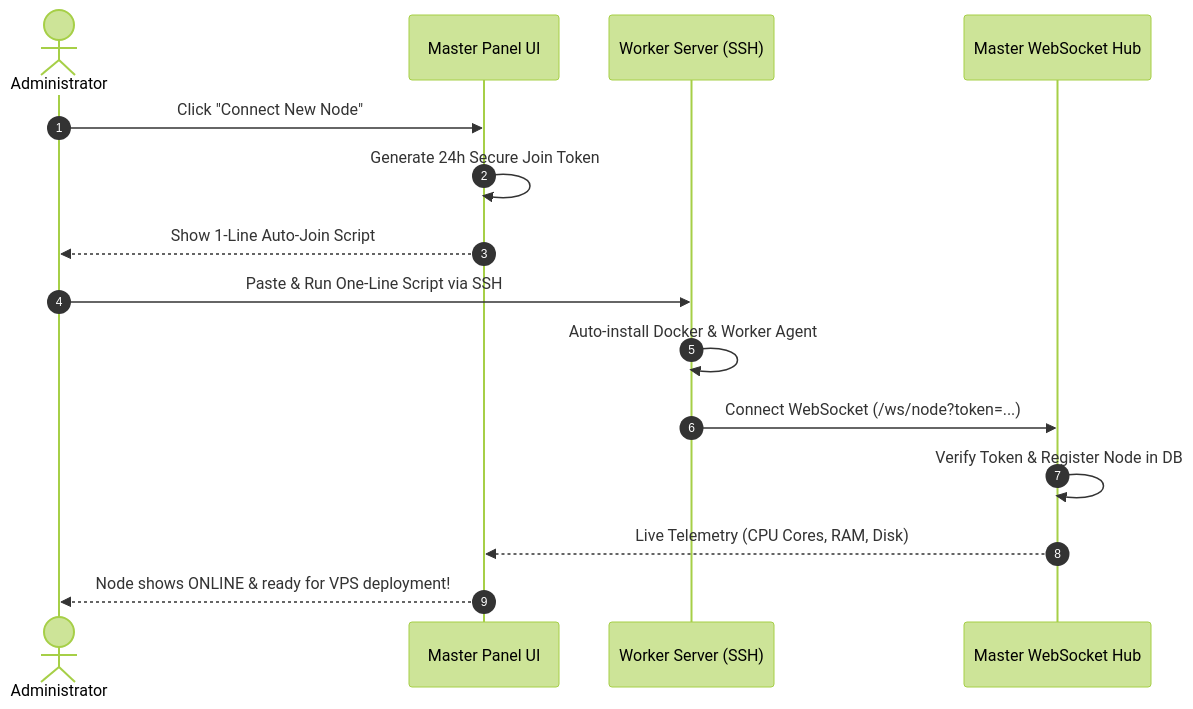
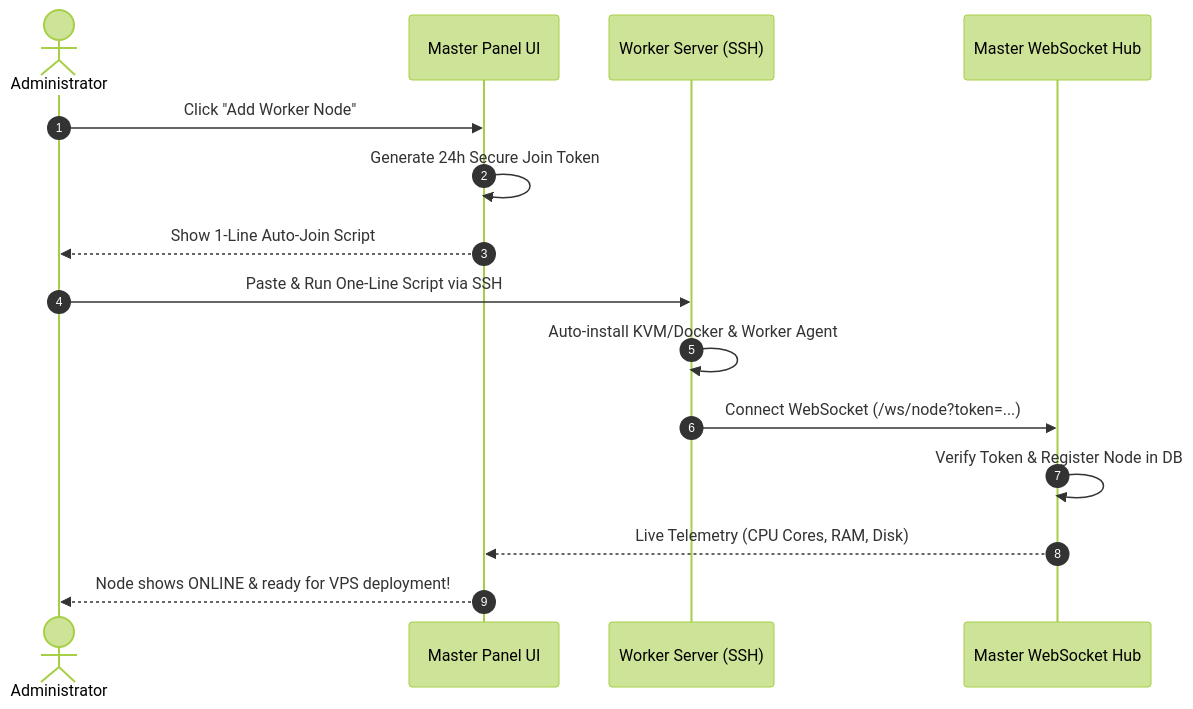
One commit to prcgaming/vps-panel changed the second of 2 diagrams in README.md. Above: the diagram before and after it, drawn with Mermaid (forest theme). The commit also changed other lines of this file and 40 other files, not shown here.

````diff
--- a/README.md
+++ b/README.md
@@ -176,18 +158,18 @@
 ```mermaid
 sequenceDiagram
     autonumber
     actor Admin as Administrator
     participant Panel as Master Panel UI
     participant Worker as Worker Server (SSH)
     participant Hub as Master WebSocket Hub
 
-    Admin->>Panel: Click "Connect New Node"
+    Admin->>Panel: Click "Add Worker Node"
     Panel->>Panel: Generate 24h Secure Join Token
     Panel-->>Admin: Show 1-Line Auto-Join Script
     Admin->>Worker: Paste & Run One-Line Script via SSH
-    Worker->>Worker: Auto-install Docker & Worker Agent
+    Worker->>Worker: Auto-install KVM/Docker & Worker Agent
     Worker->>Hub: Connect WebSocket (/ws/node?token=...)
     Hub->>Hub: Verify Token & Register Node in DB
     Hub-->>Panel: Live Telemetry (CPU Cores, RAM, Disk)
     Panel-->>Admin: Node shows ONLINE & ready for VPS deployment!
 ```
````
